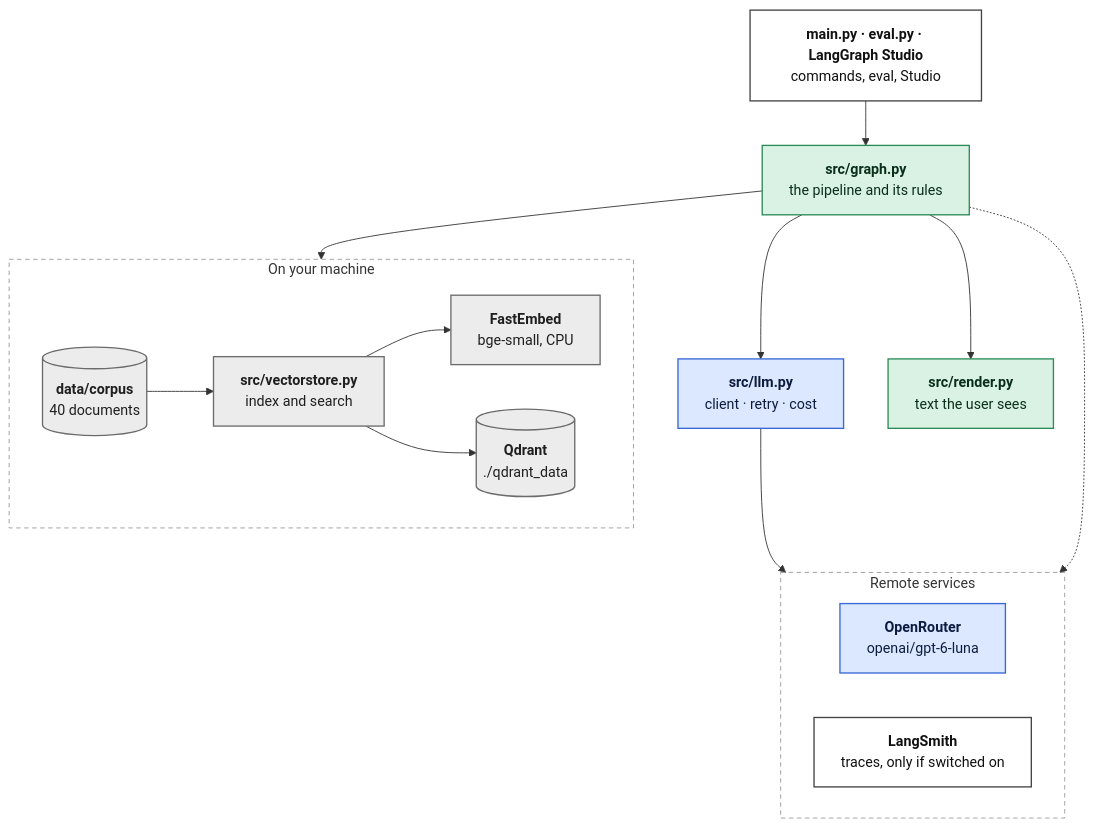
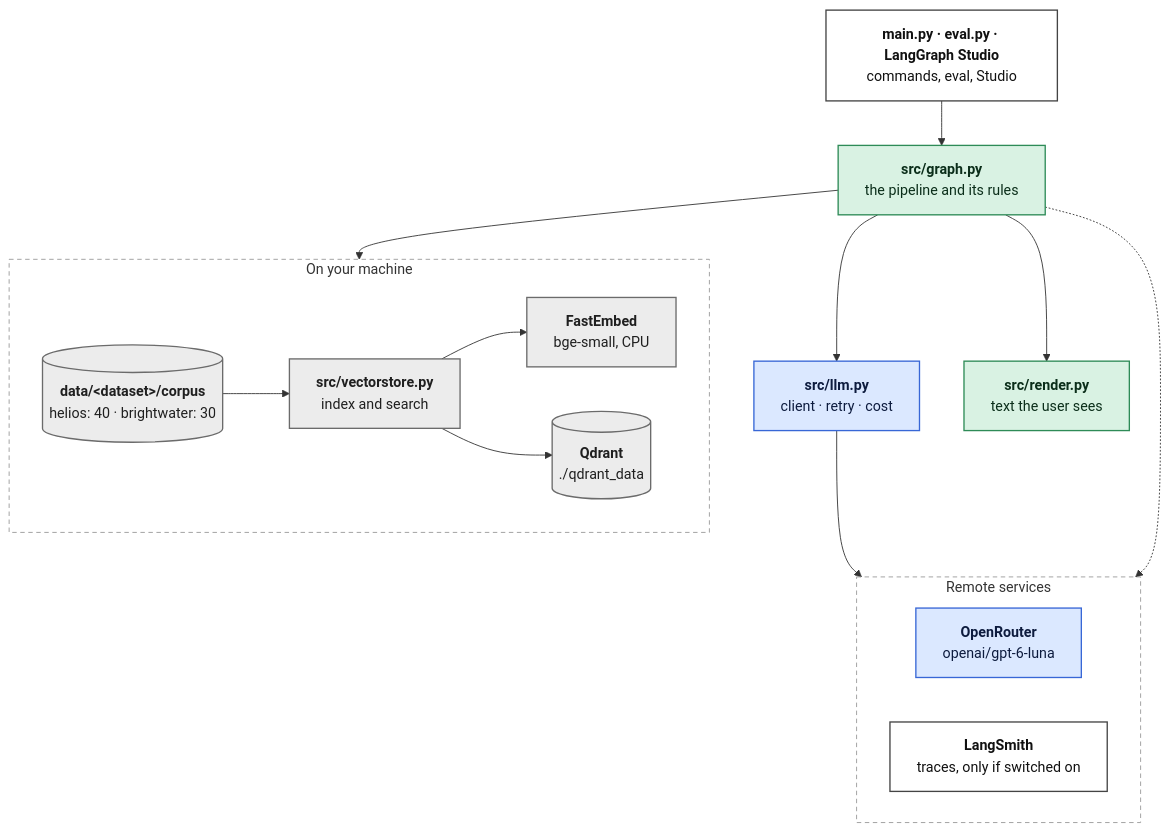
One commit to chrzanowski000/AICONIC-CRAG changed the first of 2 diagrams in docs/architecture.md. Above: the diagram before and after it, drawn with Mermaid. The commit also changed other lines of this file and 87 other files, not shown here.

````diff
--- a/docs/architecture.md
+++ b/docs/architecture.md
@@ -20,35 +20,35 @@
 ```mermaid
 flowchart TB
     CLI["<b>main.py · eval.py · LangGraph Studio</b><br/>commands, eval, Studio"]:::io
     G["<b>src/graph.py</b><br/>the pipeline and its rules"]:::code
     subgraph local [" On your machine "]
         direction LR
         VS["<b>src/vectorstore.py</b><br/>index and search"]:::local
         EMB["<b>FastEmbed</b><br/>bge-small, CPU"]:::local
         QD[("<b>Qdrant</b><br/>./qdrant_data")]:::local
-        DOCS[("<b>data/corpus</b><br/>40 documents")]:::local
+        DOCS[("<b>data/&lt;dataset&gt;/corpus</b><br/>helios: 40 · brightwater: 30")]:::local
     end
     LLM["<b>src/llm.py</b><br/>client · retry · cost"]:::llm
     R["<b>src/render.py</b><br/>text the user sees"]:::code
     subgraph remote [" Remote services "]
         direction LR
         OR["<b>OpenRouter</b><br/>openai/gpt-6-luna"]:::llm
         LS["<b>LangSmith</b><br/>traces, only if switched on"]:::io
     end
     CLI --> G
     G --> VS
     G --> LLM
     G --> R
     DOCS --> VS
     VS --> EMB
     VS --> QD
     LLM --> OR
     G -.-> LS
 
     classDef llm fill:#dbe8ff,stroke:#3867d6,stroke-width:1.5px,color:#0d1b3e
     classDef code fill:#d9f2e3,stroke:#2e8b57,stroke-width:1.5px,color:#0b2e1a
     classDef local fill:#ececec,stroke:#6b6b6b,stroke-width:1.5px,color:#1f1f1f
     classDef io fill:#ffffff,stroke:#444444,stroke-width:1.5px,color:#111111
     style local fill:transparent,stroke:#999999,stroke-dasharray:5 4
     style remote fill:transparent,stroke:#999999,stroke-dasharray:5 4
 ```
````
